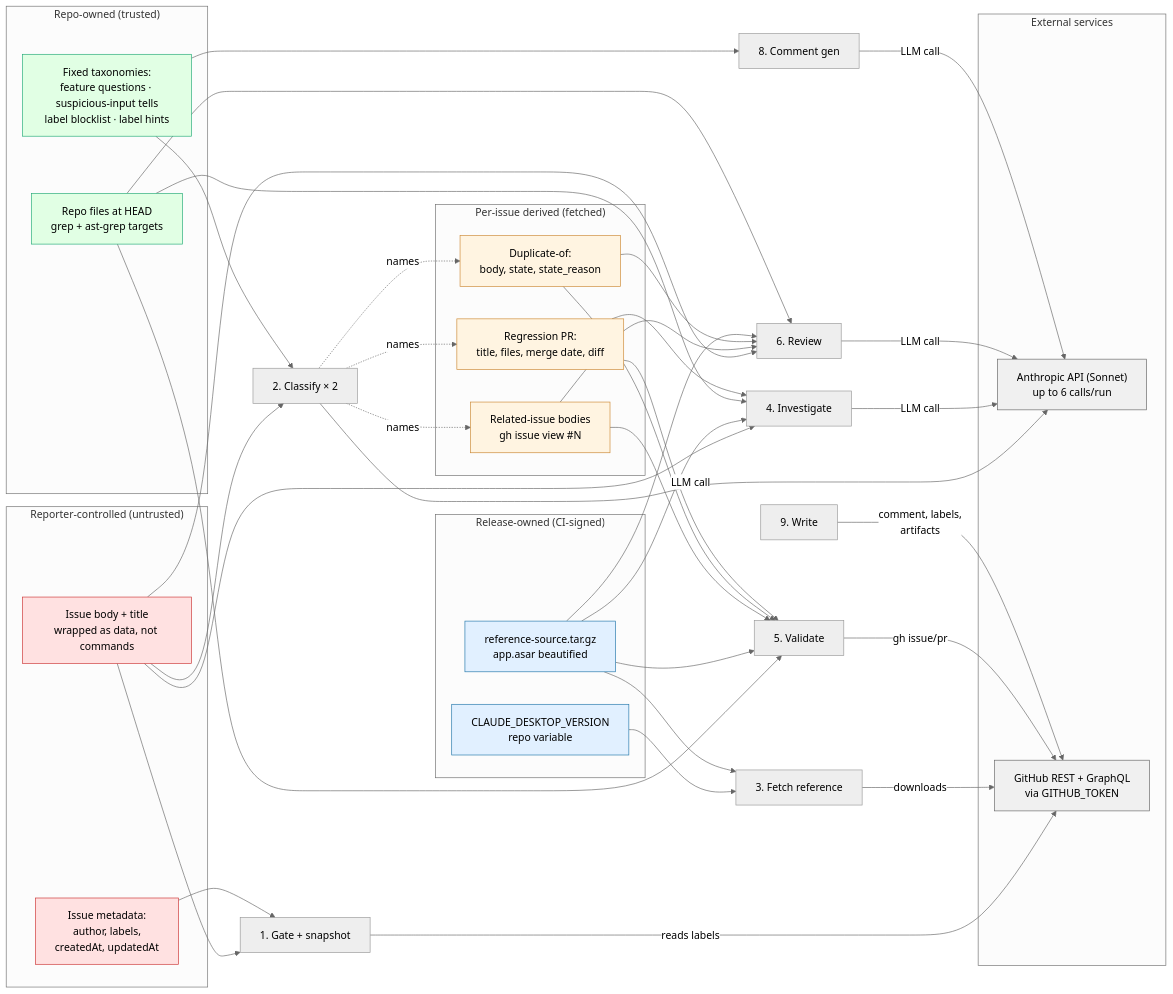
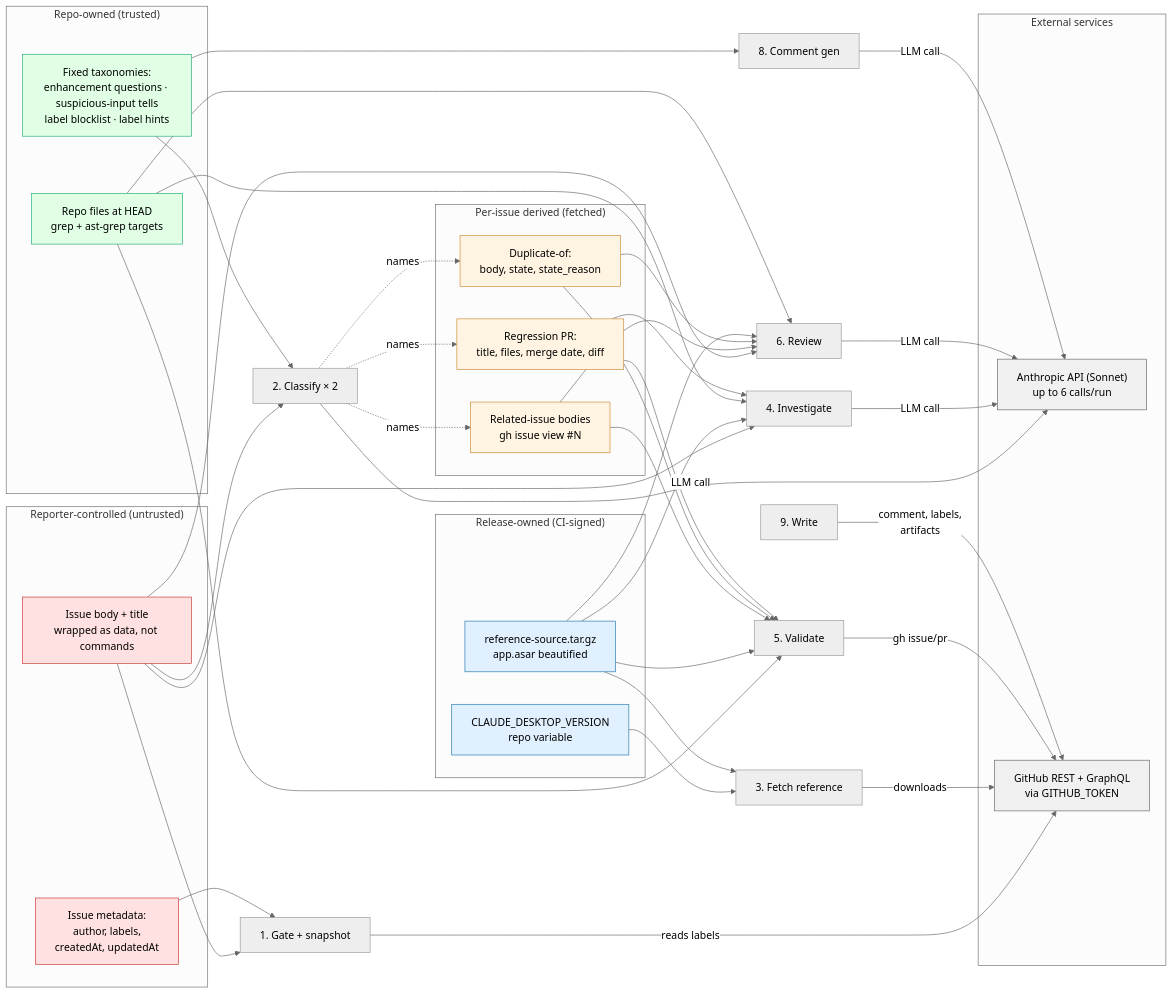
Before and after one commit to aaddrick/claude-desktop-debian: the second of 2 diagrams in docs/issue-triage/README.md, drawn with Mermaid (neutral theme). The commit also changed other lines of this file and 9 other files, not shown here.

````diff
--- a/docs/issue-triage/README.md
+++ b/docs/issue-triage/README.md
@@ -602,82 +602,82 @@
 ```mermaid
 flowchart LR
     subgraph UNTRUSTED["Reporter-controlled (untrusted)"]
         IB["Issue body + title<br/>wrapped as data, not commands"]
         IM["Issue metadata:<br/>author, labels,<br/>createdAt, updatedAt"]
     end
 
     subgraph DERIVED["Per-issue derived (fetched)"]
         RI["Related-issue bodies<br/>gh issue view #N"]
         DUP["Duplicate-of:<br/>body, state, state_reason"]
         REG["Regression PR:<br/>title, files, merge date, diff"]
     end
 
     subgraph REPO["Repo-owned (trusted)"]
         SRC["Repo files at HEAD<br/>grep + ast-grep targets"]
-        TAX["Fixed taxonomies:<br/>feature questions · suspicious-input tells<br/>label blocklist · label hints"]
+        TAX["Fixed taxonomies:<br/>enhancement questions · suspicious-input tells<br/>label blocklist · label hints"]
     end
 
     subgraph RELEASE["Release-owned (CI-signed)"]
         VAR["CLAUDE_DESKTOP_VERSION<br/>repo variable"]
         TAR["reference-source.tar.gz<br/>app.asar beautified"]
     end
 
     subgraph EXT["External services"]
         API["Anthropic API (Sonnet)<br/>up to 6 calls/run"]
         GH["GitHub REST + GraphQL<br/>via GITHUB_TOKEN"]
     end
 
     IB --> S1[1. Gate + snapshot]
     IM --> S1
 
     IB --> S2[2. Classify × 2]
     TAX --> S2
 
     VAR --> S3[3. Fetch reference]
     TAR --> S3
 
     IB --> S4[4. Investigate]
     TAR --> S4
     SRC --> S4
     REG --> S4
 
     SRC --> S5[5. Validate]
     TAR --> S5
     RI --> S5
     DUP --> S5
     REG --> S5
 
     IB --> S6[6. Review]
     RI --> S6
     DUP --> S6
     TAR --> S6
     SRC --> S6
 
     TAX --> S8[8. Comment gen]
 
     S2 -.names.-> RI
     S2 -.names.-> DUP
     S2 -.names.-> REG
 
     S2 -->|LLM call| API
     S4 -->|LLM call| API
     S6 -->|LLM call| API
     S8 -->|LLM call| API
 
     S1 -->|reads labels| GH
     S3 -->|downloads| GH
     S5 -->|gh issue/pr| GH
     S9[9. Write] -->|comment, labels,<br/>artifacts| GH
 
     classDef untrusted fill:#ffe1e1,stroke:#c33
     classDef derived fill:#fff4e1,stroke:#c83
     classDef repo fill:#e1ffe4,stroke:#2a7
     classDef release fill:#e1f0ff,stroke:#27a
     classDef ext fill:#f0f0f0,stroke:#666
 
     class IB,IM untrusted
     class RI,DUP,REG derived
     class SRC,TAX repo
     class VAR,TAR release
     class API,GH ext
 ```
````
